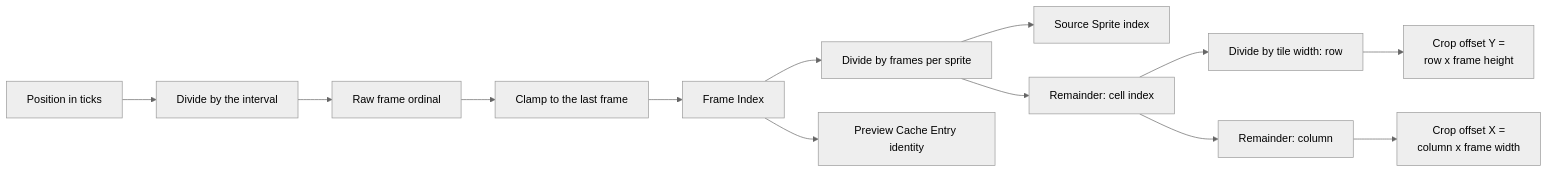
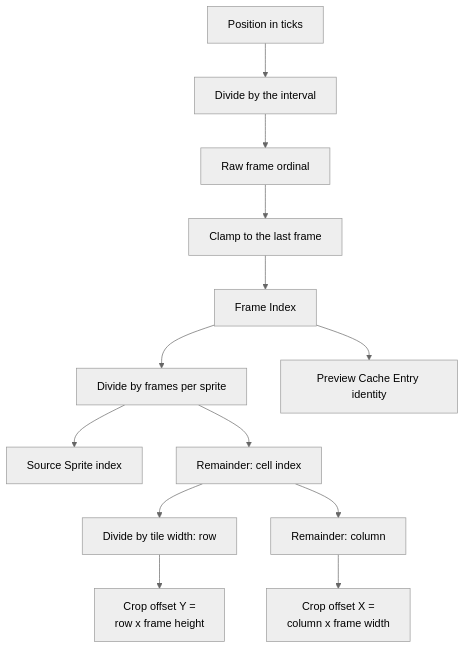
One commit to xiakeng/trickplay-cropper changed the first of 2 diagrams in prototypes/business-documentation-set/draft/frame-selection.md. Above: the diagram before and after it, drawn with Mermaid (neutral theme). The commit also changed 7 other files, not shown here.

First line of the commit message:
Fix diagram orientation and split deep views

````diff
--- a/prototypes/business-documentation-set/draft/frame-selection.md
+++ b/prototypes/business-documentation-set/draft/frame-selection.md
@@ -50,17 +50,17 @@
 ```mermaid
-flowchart LR
+flowchart TD
     P["Position in ticks"] --> D["Divide by the interval"]
     D --> R["Raw frame ordinal"]
     R --> C["Clamp to the last frame"]
     C --> F["Frame Index"]
 
     F --> S["Divide by frames per sprite"]
     S --> SI["Source Sprite index"]
     S --> CE["Remainder: cell index"]
     CE --> ROW["Divide by tile width: row"]
     CE --> COL["Remainder: column"]
 
     COL --> X["Crop offset X =<br/>column x frame width"]
     ROW --> Y["Crop offset Y =<br/>row x frame height"]
     F --> ID["Preview Cache Entry identity"]
 ```
````
